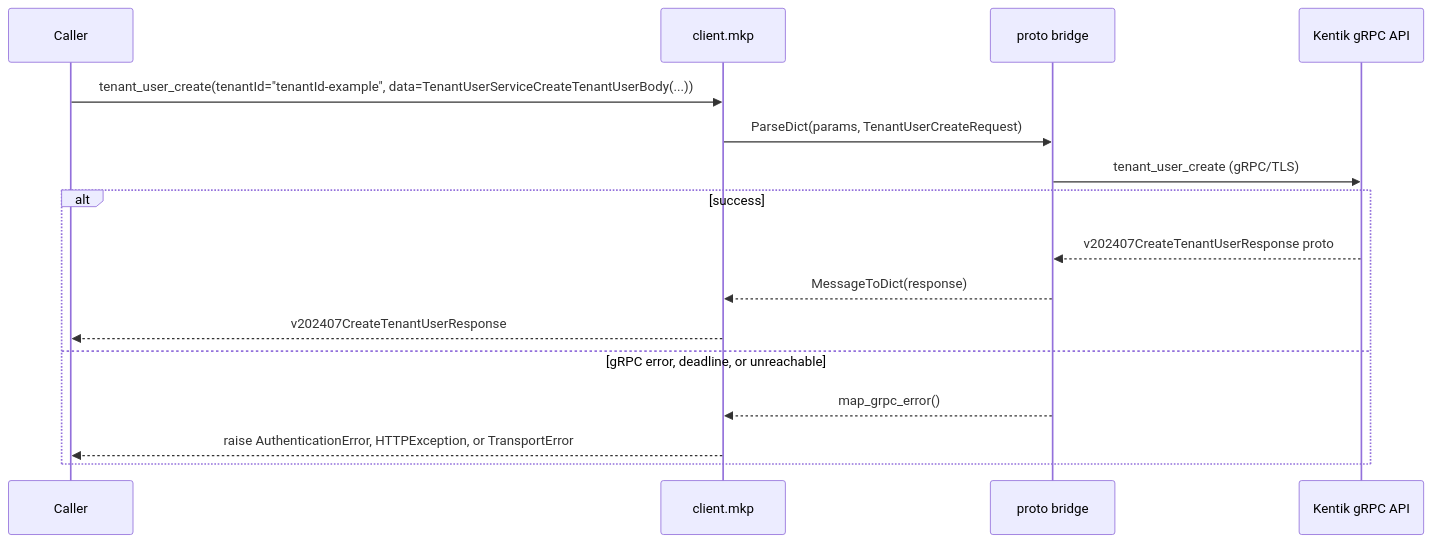
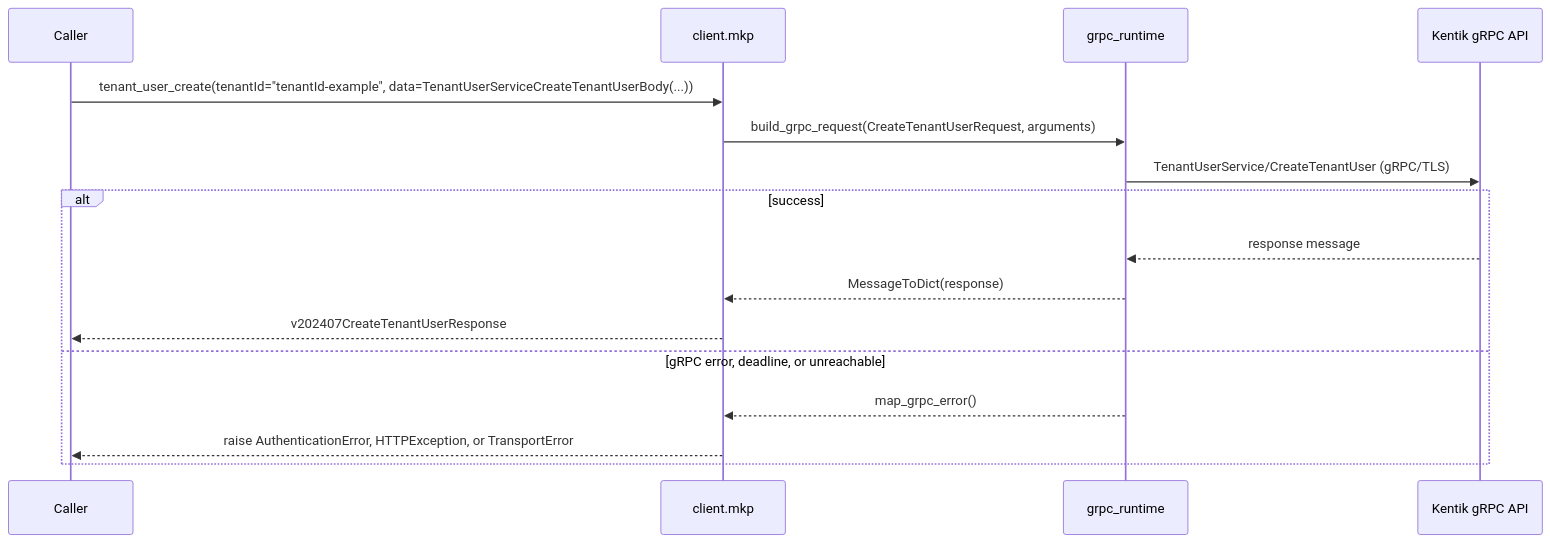
Before and after one commit to alexdearaujo/community_sdk_python: diagram 25 of 30 in docs/sphinx/services/mkp.md, drawn with Mermaid. The commit also changed other lines of this file and 37 other files, not shown here.

First line of the commit message:
docs: show the real RPC in each service page's gRPC diagram

````diff
--- a/docs/sphinx/services/mkp.md
+++ b/docs/sphinx/services/mkp.md
@@ -885,19 +885,19 @@
 ```mermaid
 sequenceDiagram
     participant C as Caller
     participant W as client.mkp
-    participant B as proto bridge
+    participant R as grpc_runtime
     participant API as Kentik gRPC API
 
     C->>W: tenant_user_create(tenantId="tenantId-example", data=TenantUserServiceCreateTenantUserBody(...))
-    W->>B: ParseDict(params, TenantUserCreateRequest)
-    B->>API: tenant_user_create (gRPC/TLS)
+    W->>R: build_grpc_request(CreateTenantUserRequest, arguments)
+    R->>API: TenantUserService/CreateTenantUser (gRPC/TLS)
     alt success
-        API-->>B: v202407CreateTenantUserResponse proto
-        B-->>W: MessageToDict(response)
+        API-->>R: response message
+        R-->>W: MessageToDict(response)
         W-->>C: v202407CreateTenantUserResponse
     else gRPC error, deadline, or unreachable
-        B-->>W: map_grpc_error()
+        R-->>W: map_grpc_error()
         W-->>C: raise AuthenticationError, HTTPException, or TransportError
     end
 ```
````
